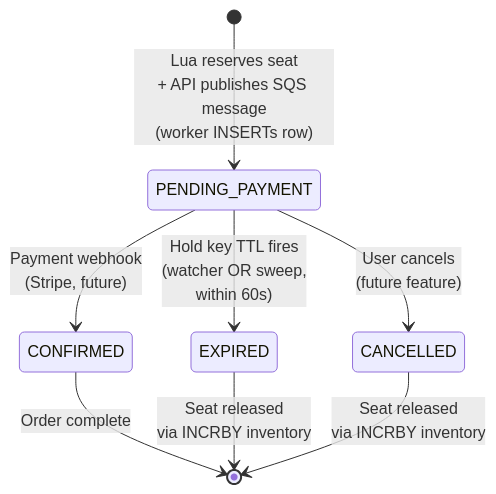
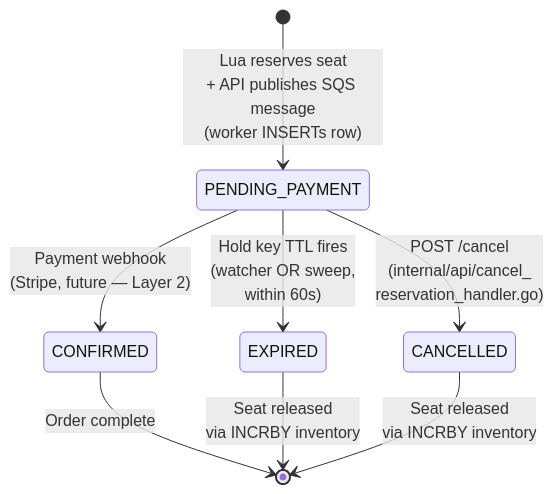
One commit to emmitt-k/ticket-deal changed the ninth of 13 diagrams in docs/architecture.md. Above: the diagram before and after it, drawn with Mermaid. The commit also changed other lines of this file, not shown here.

````diff
--- a/docs/architecture.md
+++ b/docs/architecture.md
@@ -524,12 +530,12 @@
 ```mermaid
 stateDiagram-v2
     [*] --> PENDING_PAYMENT: Lua reserves seat<br/>+ API publishes SQS message<br/>(worker INSERTs row)
 
-    PENDING_PAYMENT --> CONFIRMED: Payment webhook<br/>(Stripe, future)
+    PENDING_PAYMENT --> CONFIRMED: Payment webhook<br/>(Stripe, future — Layer 2)
     PENDING_PAYMENT --> EXPIRED: Hold key TTL fires<br/>(watcher OR sweep,<br/>within 60s)
-    PENDING_PAYMENT --> CANCELLED: User cancels<br/>(future feature)
+    PENDING_PAYMENT --> CANCELLED: POST /cancel<br/>(internal/api/cancel_<br/>reservation_handler.go)
 
     CONFIRMED --> [*]: Order complete
     EXPIRED --> [*]: Seat released<br/>via INCRBY inventory
     CANCELLED --> [*]: Seat released<br/>via INCRBY inventory
 ```
````
